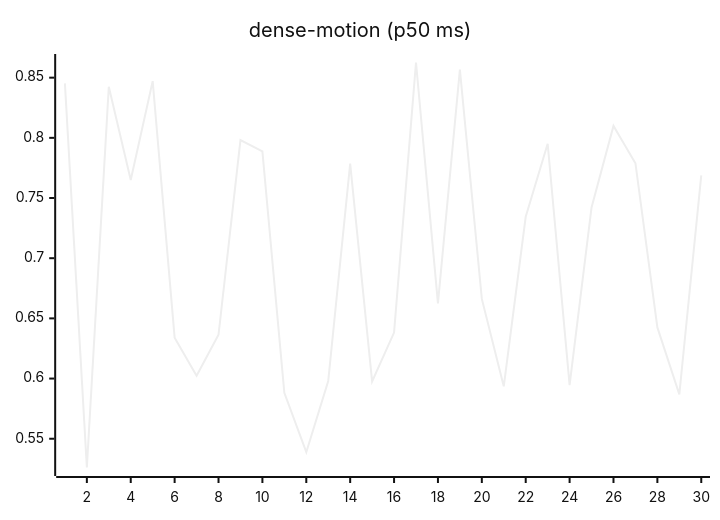
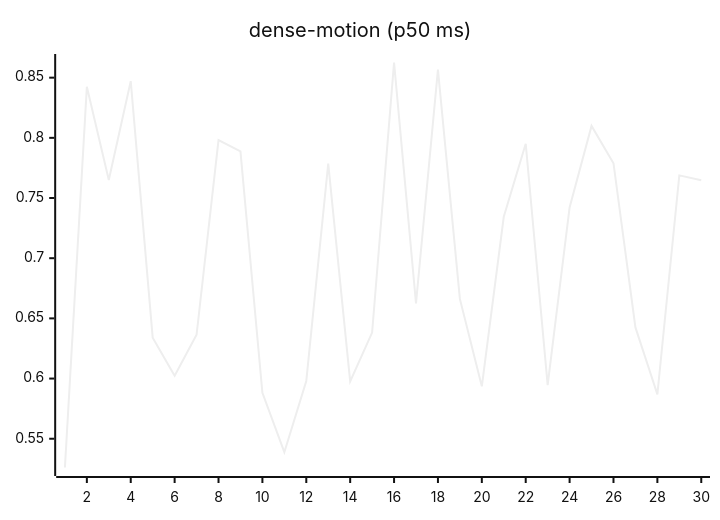
One commit to josha/Facet changed the ninth of 27 diagrams in README.md. Above: the diagram before and after it, drawn with Mermaid (neutral theme). The commit also changed other lines of this file and 2 other files, not shown here.

````diff
--- a/README.md
+++ b/README.md
@@ -119,6 +119,6 @@
 ```mermaid
 xychart-beta
     title "dense-motion (p50 ms)"
     x-axis 1 --> 30
-    line [0.8453, 0.5261, 0.8424, 0.7649, 0.8471, 0.6340, 0.6023, 0.6364, 0.7981, 0.7888, 0.5881, 0.5388, 0.5980, 0.7785, 0.5976, 0.6382, 0.8626, 0.6624, 0.8567, 0.6662, 0.5935, 0.7344, 0.7951, 0.5946, 0.7422, 0.8099, 0.7789, 0.6425, 0.5869, 0.7688]
+    line [0.5261, 0.8424, 0.7649, 0.8471, 0.6340, 0.6023, 0.6364, 0.7981, 0.7888, 0.5881, 0.5388, 0.5980, 0.7785, 0.5976, 0.6382, 0.8626, 0.6624, 0.8567, 0.6662, 0.5935, 0.7344, 0.7951, 0.5946, 0.7422, 0.8099, 0.7789, 0.6425, 0.5869, 0.7688, 0.7647]
 ```
````
